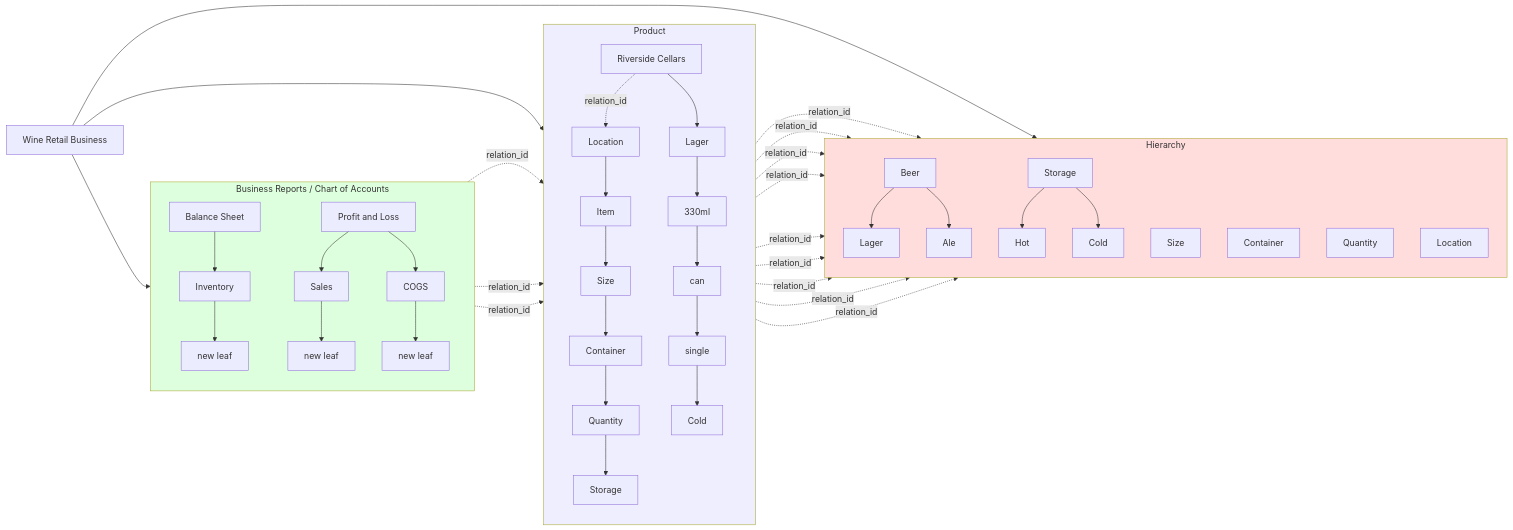
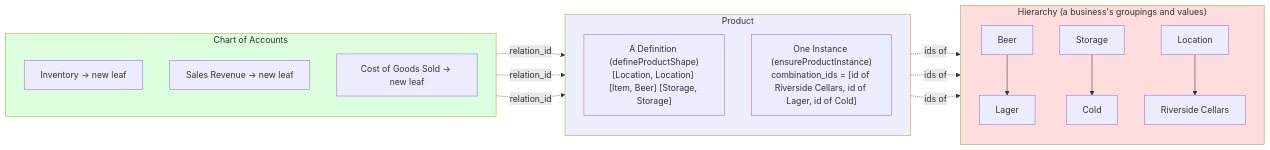
One commit to relatingdata/SQLite-ledger-ts changed the diagram in docs/diagrams/cartesian-product-structure.mmd. Above: the diagram before and after it, drawn with Mermaid. The commit also changed 13 other files, not shown here.

First line of the commit message:
Entity Model chapter: correct against the code, cut history, add diagrams

```diff
--- a/docs/diagrams/cartesian-product-structure.mmd
+++ b/docs/diagrams/cartesian-product-structure.mmd
@@ -1,51 +1,27 @@
 graph LR
-    BIZ["Wine Retail Business"]
-
-    subgraph HIERARCHY["Hierarchy"]
+    subgraph HIERARCHY["Hierarchy (a business's groupings and values)"]
         direction TB
         HBEER["Beer"] --> HLAGER["Lager"]
-        HBEER --> HALE["Ale"]
-        HSTORAGE["Storage"] --> HHOT["Hot"]
-        HSTORAGE --> HCOLD["Cold"]
-        HSIZE["Size"]
-        HCONTAINER["Container"]
-        HQTY["Quantity"]
-        HLOCATION["Location"]
+        HSTORAGE["Storage"] --> HCOLD["Cold"]
+        HLOCATION["Location"] --> HRIV["Riverside Cellars"]
     end
-
     subgraph PRODUCT["Product"]
         direction TB
-        DEF1["Location"] --> DEF2["Item"] --> DEF3["Size"] --> DEF4["Container"] --> DEF5["Quantity"] --> DEF6["Storage"]
-        INST1["Riverside Cellars"] --> INST2["Lager"] --> INST3["330ml"] --> INST4["can"] --> INST5["single"] --> INST6["Cold"]
+        DEF["A Definition (defineProductShape)<br/>[Location, Location] [Item, Beer] [Storage, Storage]"]
+        INST["One Instance (ensureProductInstance)<br/>combination_ids = [id of Riverside Cellars, id of Lager, id of Cold]"]
     end
-
-    subgraph ACCOUNTS["Business Reports / Chart of Accounts"]
+    subgraph ACCOUNTS["Chart of Accounts"]
         direction TB
-        BS["Balance Sheet"] --> INV["Inventory"] --> INVLEAF["new leaf"]
-        PL["Profit and Loss"] --> SAL["Sales"] --> SALLEAF["new leaf"]
-        PL --> COGSACC["COGS"] --> COGSLEAF["new leaf"]
+        INV["Inventory → new leaf"]
+        SAL["Sales Revenue → new leaf"]
+        COGS["Cost of Goods Sold → new leaf"]
     end
-
-    BIZ --> HIERARCHY
-    BIZ --> PRODUCT
-    BIZ --> ACCOUNTS
-
-    DEF1 -.relation_id.-> HLOCATION
-    DEF2 -.relation_id.-> HBEER
-    DEF3 -.relation_id.-> HSIZE
-    DEF4 -.relation_id.-> HCONTAINER
-    DEF5 -.relation_id.-> HQTY
-    DEF6 -.relation_id.-> HSTORAGE
-
-    INST1 -.relation_id.-> DEF1
-    INST1 -.relation_id.-> HLOCATION
-    INST2 -.relation_id.-> HLAGER
-    INST6 -.relation_id.-> HCOLD
-
-    INVLEAF -.relation_id.-> INST1
-    SALLEAF -.relation_id.-> INST1
-    COGSLEAF -.relation_id.-> INST1
-
+    INST -. "ids of" .-> HRIV
+    INST -. "ids of" .-> HLAGER
+    INST -. "ids of" .-> HCOLD
+    INV -. relation_id .-> INST
+    SAL -. relation_id .-> INST
+    COGS -. relation_id .-> INST
     style HIERARCHY fill:#fdd
     style PRODUCT fill:#eef
     style ACCOUNTS fill:#dfd
```
